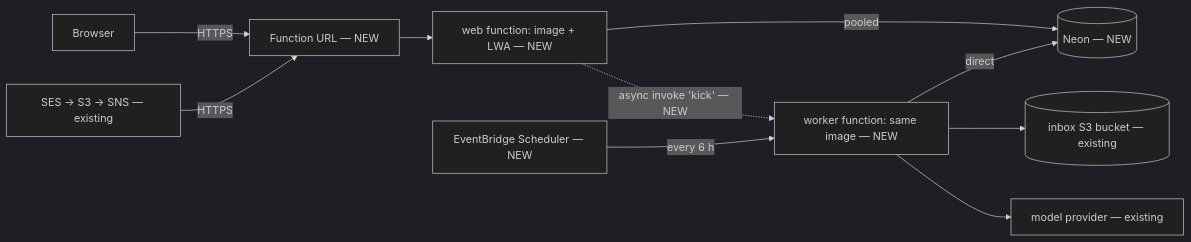
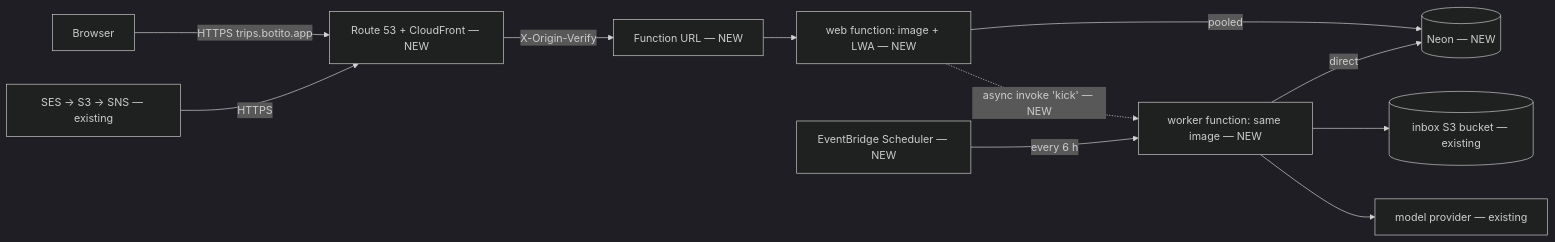
One commit to 7bc-mkl/trip_planner changed the diagram in .ai/specs/2026-11-27-scale-to-zero-deployment-lambda-neon.md. Above: the diagram before and after it, drawn with Mermaid (dark theme). The commit also changed other lines of this file, not shown here.

Commit message:
docs(specs): serve the Lambda target at trips.botito.app via Route 53 and CloudFront

````diff
--- a/.ai/specs/2026-11-27-scale-to-zero-deployment-lambda-neon.md
+++ b/.ai/specs/2026-11-27-scale-to-zero-deployment-lambda-neon.md
@@ -126,12 +126,13 @@
 ```mermaid
 flowchart LR
-  U[Browser] -->|HTTPS| FURL[Function URL — NEW]
+  U[Browser] -->|HTTPS trips.botito.app| CF[Route 53 + CloudFront — NEW]
+  CF -->|X-Origin-Verify| FURL[Function URL — NEW]
   FURL --> WEB[web function: image + LWA — NEW]
   WEB -->|pooled| NEON[(Neon — NEW)]
-  SES[SES → S3 → SNS — existing] -->|HTTPS| FURL
+  SES[SES → S3 → SNS — existing] -->|HTTPS| CF
   WEB -.->|async invoke 'kick' — NEW| WK[worker function: same image — NEW]
   EB[EventBridge Scheduler — NEW] -->|every 6 h| WK
   WK -->|direct| NEON
   WK --> S3[(inbox S3 bucket — existing)]
   WK --> LLM[model provider — existing]
 ```
````
